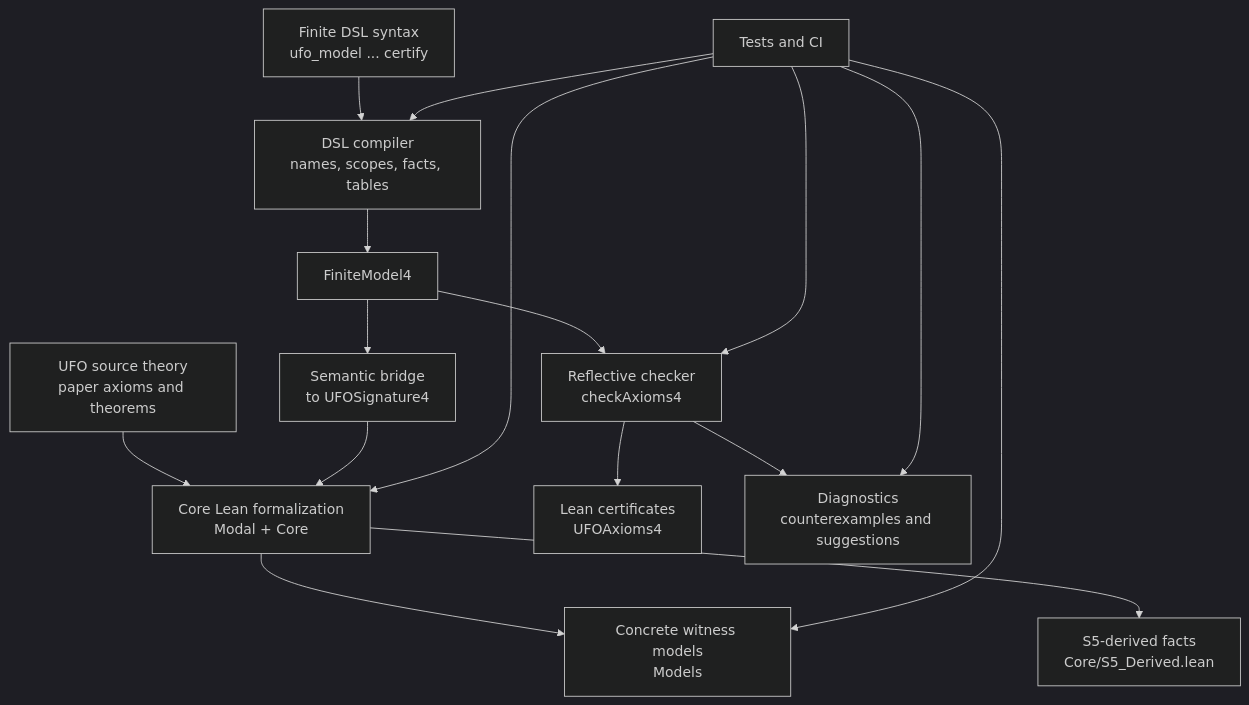
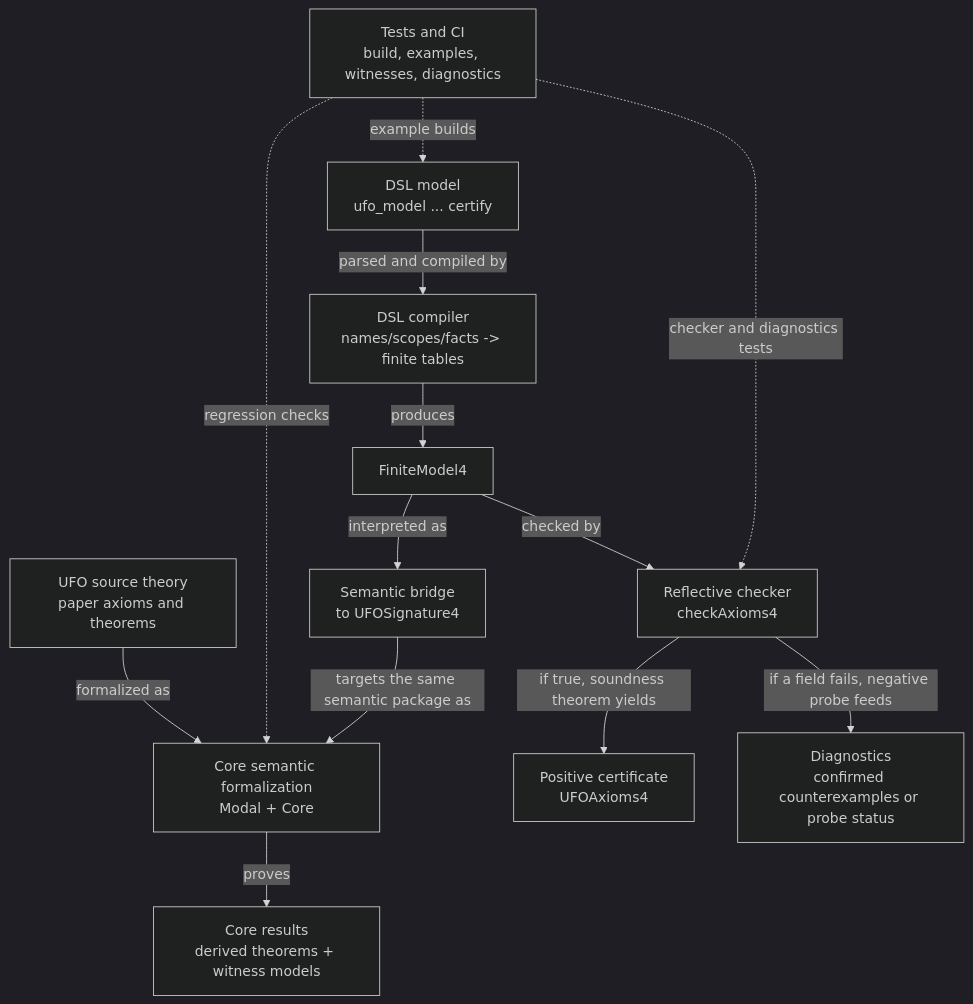
Before and after one commit to smnicoletti/lean-ufo: the first of 2 diagrams in docs/architecture.md, drawn with Mermaid (dark theme). The commit also changed other lines of this file and 44 other files, not shown here.

Commit message:
Add incremental DSL certificate reuse

````diff
--- a/docs/architecture.md
+++ b/docs/architecture.md
@@ -16,20 +16,31 @@
 ```mermaid
 flowchart TD
-  A["UFO source theory<br/>paper axioms and theorems"] --> B["Core Lean formalization<br/>Modal + Core"]
-  B --> C["Concrete witness models<br/>Models"]
-  B --> D["S5-derived facts<br/>Core/S5_Derived.lean"]
+  A["UFO source theory<br/>paper axioms and theorems"]
+  B["Core semantic formalization<br/>Modal + Core"]
+  C["Core results<br/>derived theorems + witness models"]
 
-  E["Finite DSL syntax<br/>ufo_model ... certify"] --> F["DSL compiler<br/>names, scopes, facts, tables"]
-  F --> G["FiniteModel4"]
-  G --> H["Semantic bridge<br/>to UFOSignature4"]
-  H --> B
-  G --> I["Reflective checker<br/>checkAxioms4"]
-  I --> J["Lean certificates<br/>UFOAxioms4"]
-  I --> K["Diagnostics<br/>counterexamples and suggestions"]
+  D["DSL model<br/>ufo_model ... certify"]
+  E["DSL compiler<br/>names/scopes/facts -> finite tables"]
+  F["FiniteModel4"]
+  G["Semantic bridge<br/>to UFOSignature4"]
+  H["Reflective checker<br/>checkAxioms4"]
+  I["Positive certificate<br/>UFOAxioms4"]
+  J["Diagnostics<br/>confirmed counterexamples or probe status"]
 
-  L["Tests and CI"] --> B
-  L --> C
-  L --> F
-  L --> I
-  L --> K
+  K["Tests and CI<br/>build, examples, witnesses, diagnostics"]
+
+  A -->|"formalized as"| B
+  B -->|"proves"| C
+
+  D -->|"parsed and compiled by"| E
+  E -->|"produces"| F
+  F -->|"interpreted as"| G
+  G -->|"targets the same semantic package as"| B
+  F -->|"checked by"| H
+  H -->|"if true, soundness theorem yields"| I
+  H -->|"if a field fails, negative probe feeds"| J
+
+  K -. "regression checks" .-> B
+  K -. "example builds" .-> D
+  K -. "checker and diagnostics tests" .-> H
 ```
````
